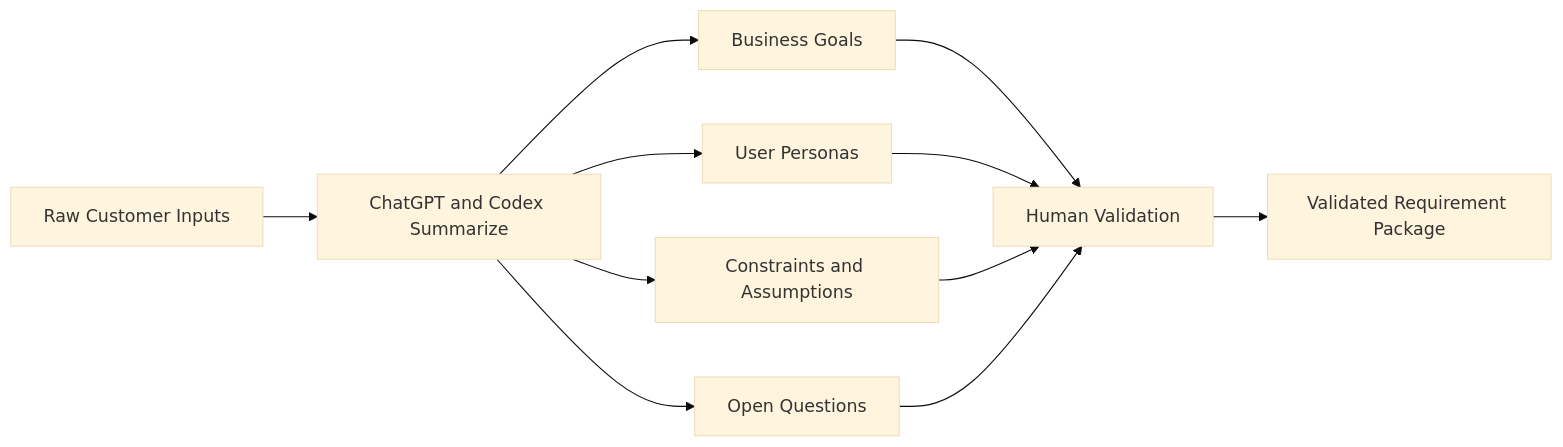
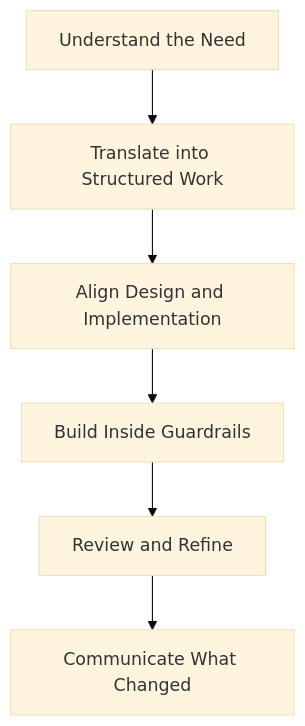
Before and after one commit to refat-asadullah-creolytix-dev/refat-asadullah-creolytix-dev: the fifth of 18 diagrams in creolytix-ai-delivery-model.md, drawn with Mermaid (base theme). The commit also changed other lines of this file, not shown here.

````diff
--- a/creolytix-ai-delivery-model.md
+++ b/creolytix-ai-delivery-model.md
@@ -266,13 +188,8 @@
 ```mermaid
-flowchart LR
-    A[Raw Customer Inputs] --> B[ChatGPT and Codex Summarize]
-    B --> C[Business Goals]
-    B --> D[User Personas]
-    B --> E[Constraints and Assumptions]
-    B --> F[Open Questions]
-    C --> G[Human Validation]
-    D --> G
-    E --> G
-    F --> G
-    G --> H[Validated Requirement Package]
+flowchart TD
+    A[Understand the Need] --> B[Translate into Structured Work]
+    B --> C[Align Design and Implementation]
+    C --> D[Build Inside Guardrails]
+    D --> E[Review and Refine]
+    E --> F[Communicate What Changed]
 ```
````
